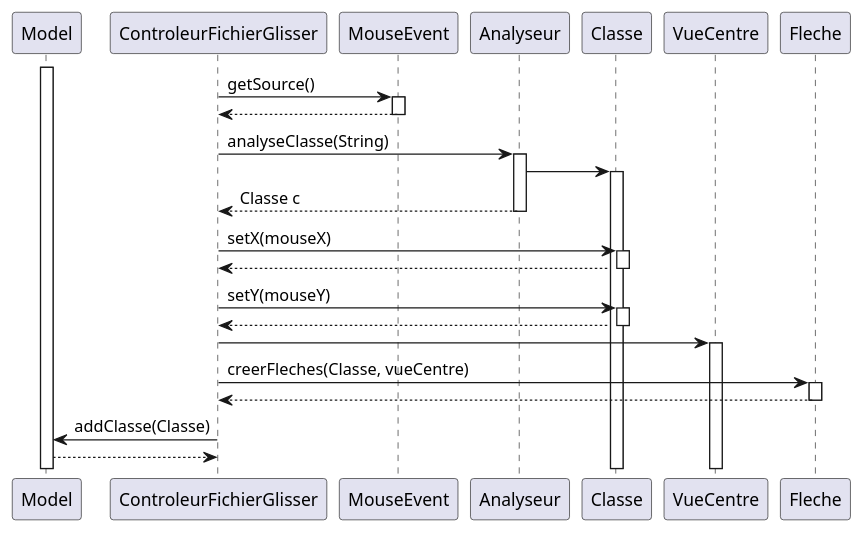
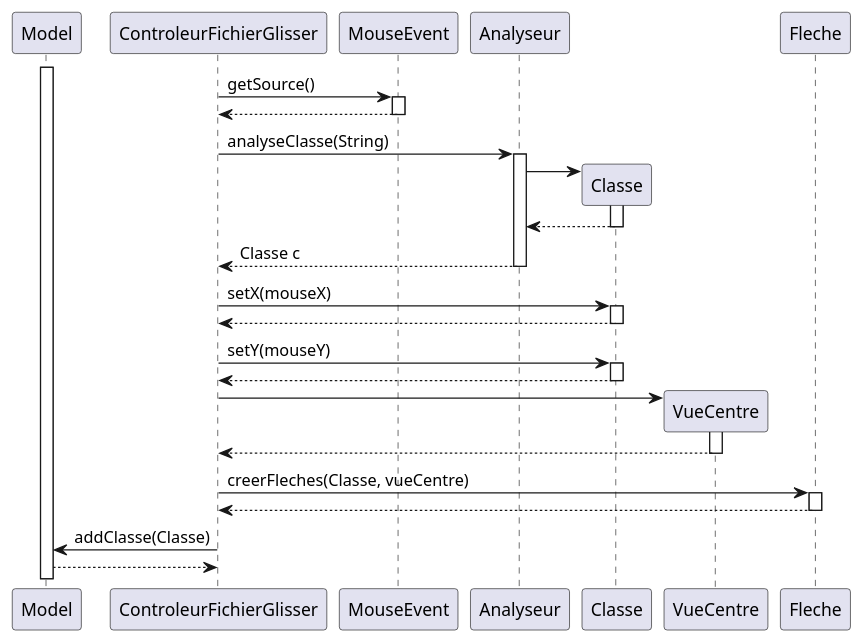
Before and after one commit to dardenne8u/ObjectAid_SAE: the diagram in document/1. sprint/seq_glisser_deposer.puml, drawn with PlantUML. The commit also changed 1 other file, not shown here.

Commit message:
diagramme sequence glisser-deposer rectification

```diff
--- a/document/1. sprint/seq_glisser_deposer.puml
+++ b/document/1. sprint/seq_glisser_deposer.puml
@@ -1,41 +1,49 @@
 @startuml
 'https://plantuml.com/sequence-diagram
 
 activate Model
 
 ControleurFichierGlisser -> MouseEvent : getSource()
 activate MouseEvent
 ControleurFichierGlisser <-- MouseEvent
 deactivate MouseEvent
 
 ControleurFichierGlisser -> Analyseur : analyseClasse(String)
 activate Analyseur
 
+create Classe
 Analyseur -> Classe
 activate Classe
+Analyseur <-- Classe
+deactivate Classe
 
 ControleurFichierGlisser <-- Analyseur : Classe c
 deactivate Analyseur
 
 ControleurFichierGlisser -> Classe : setX(mouseX)
 activate Classe
 ControleurFichierGlisser <-- Classe
 deactivate Classe
 ControleurFichierGlisser -> Classe : setY(mouseY)
 activate Classe
 ControleurFichierGlisser <-- Classe
 deactivate Classe
 
+
+create VueCentre
 ControleurFichierGlisser -> VueCentre
 activate VueCentre
+
+ControleurFichierGlisser <-- VueCentre
+deactivate VueCentre
 
 ControleurFichierGlisser -> Fleche : creerFleches(Classe, vueCentre)
 activate Fleche
 ControleurFichierGlisser <-- Fleche
 deactivate Fleche
 
 ControleurFichierGlisser -> Model : addClasse(Classe)
 ControleurFichierGlisser <-- Model
 
 
 @enduml
```
